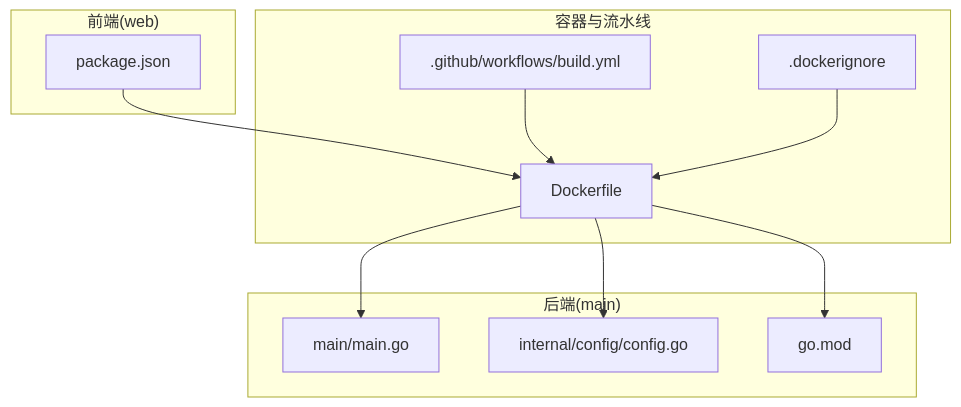
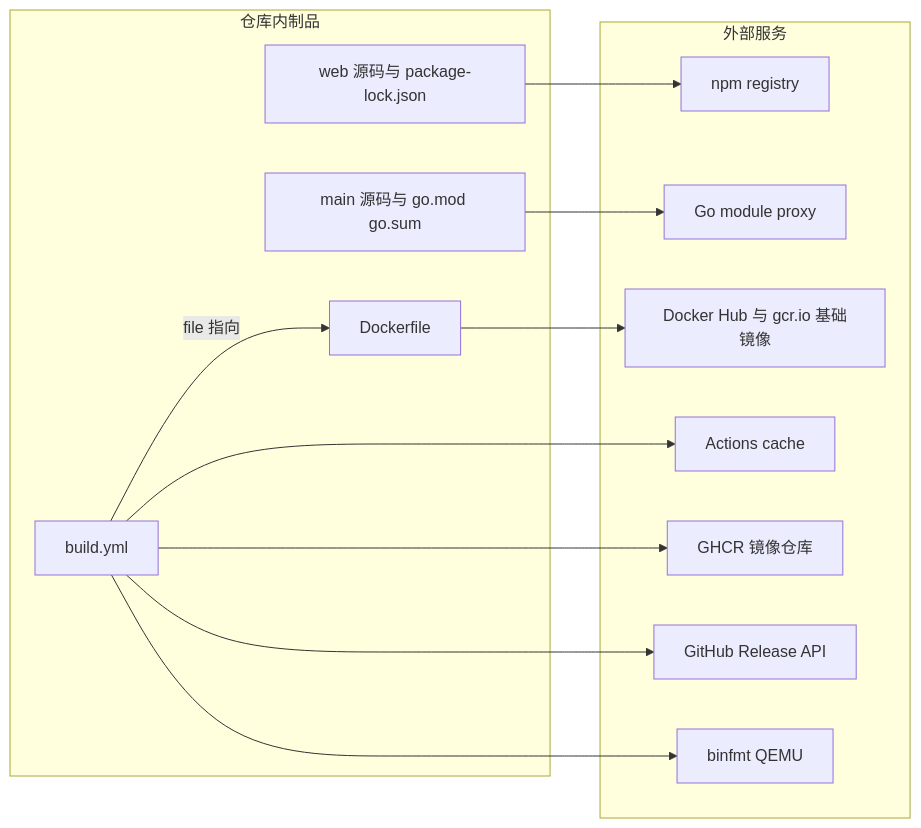
Before and after one commit to x01n/dnsplane: the fourth of 6 diagrams in docs/系统架构/部署架构.md, drawn with Mermaid. The commit also changed other lines of this file and 326 other files, not shown here.

````diff
--- a/docs/系统架构/部署架构.md
+++ b/docs/系统架构/部署架构.md
@@ -34,22 +392,26 @@
 ```mermaid
-graph TB
-subgraph "后端(main)"
-MMain["main/main.go"]
-MConf["internal/config/config.go"]
-MGoMod["go.mod"]
-end
-subgraph "前端(web)"
-WPackage["package.json"]
-end
-subgraph "容器与流水线"
-DFile["Dockerfile"]
-DIgnore[".dockerignore"]
-GHA[".github/workflows/build.yml"]
-end
-WPackage --> DFile
-DFile --> MMain
-DFile --> MGoMod
-DFile --> MConf
-GHA --> DFile
-DIgnore --> DFile
+graph LR
+  subgraph LOCAL["仓库内制品"]
+    W["web 源码与 package-lock.json"]
+    M["main 源码与 go.mod go.sum"]
+    DF["Dockerfile"]
+    WF["build.yml"]
+  end
+  subgraph EXT["外部服务"]
+    NPMR["npm registry"]
+    GOP["Go module proxy"]
+    REG["Docker Hub 与 gcr.io 基础镜像"]
+    ACH["Actions cache"]
+    GHCR["GHCR 镜像仓库"]
+    RLS["GitHub Release API"]
+    QEMU["binfmt QEMU"]
+  end
+  W --> NPMR
+  M --> GOP
+  DF --> REG
+  WF --> ACH
+  WF --> RLS
+  WF --> GHCR
+  WF --> QEMU
+  WF -->|"file 指向"| DF
 ```
````
